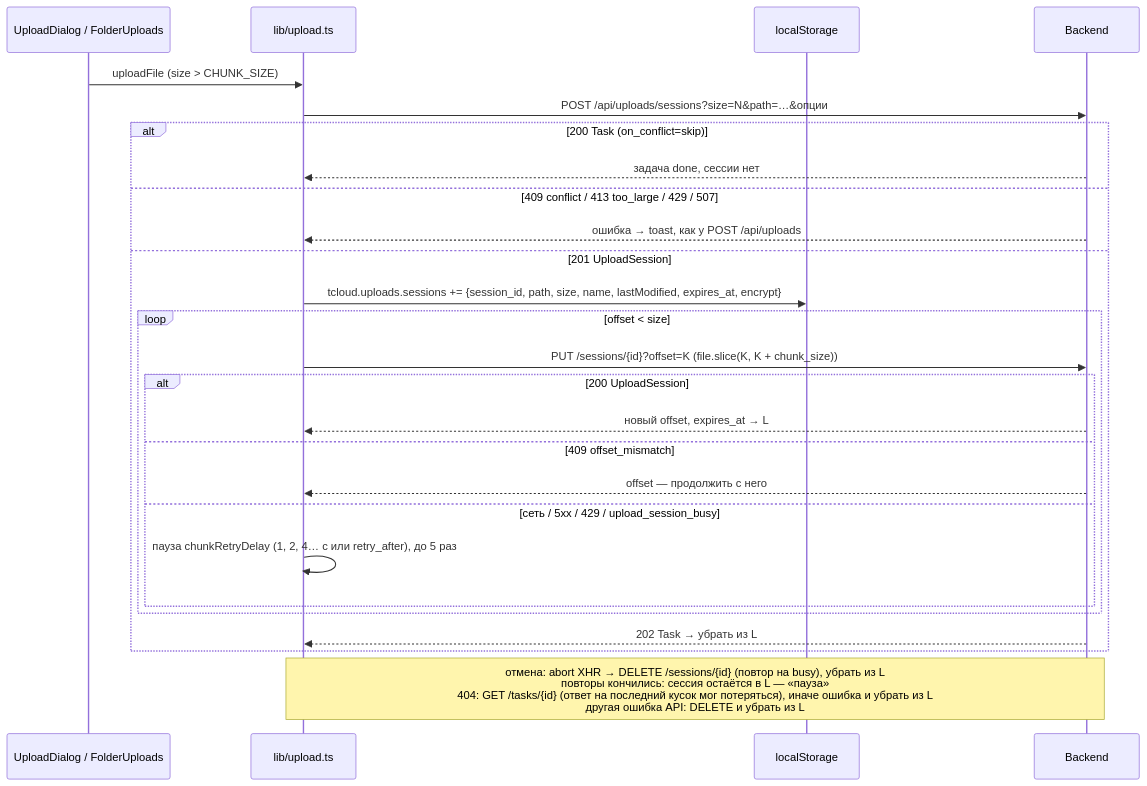
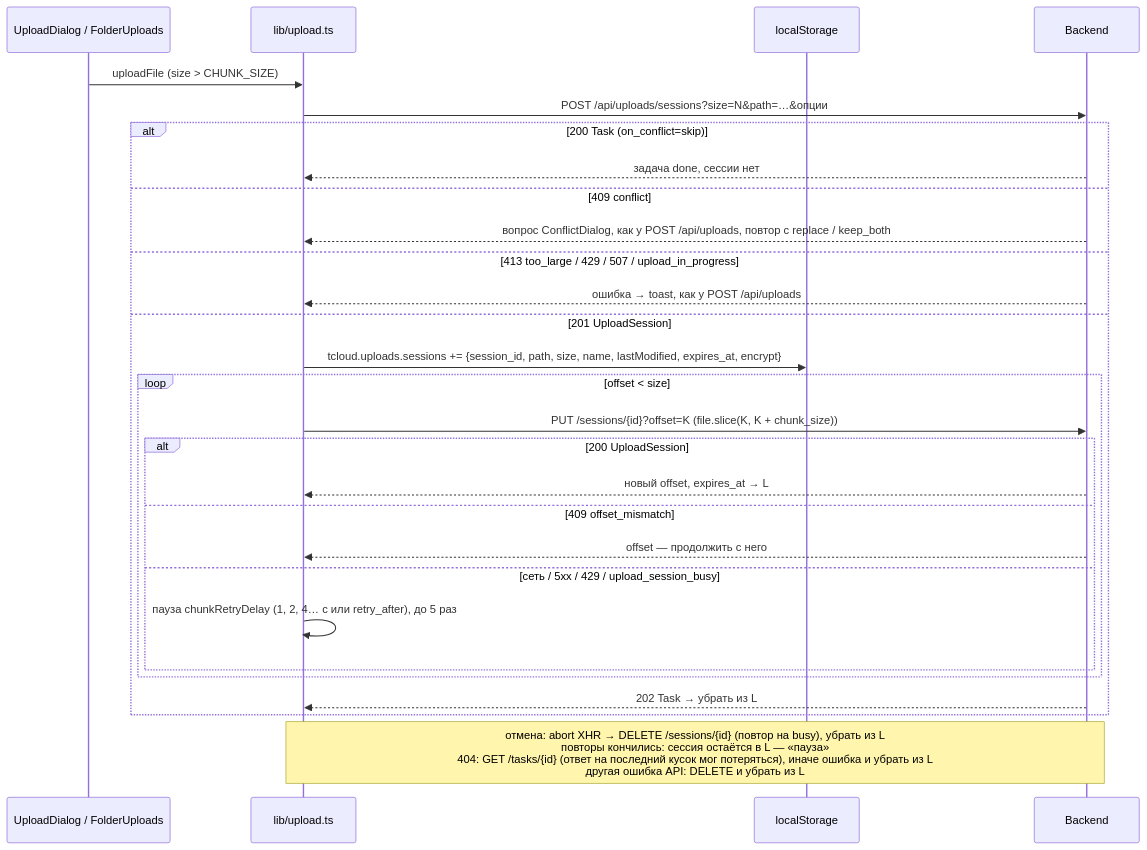
The third of 7 diagrams in docs/uploads-and-tasks.md (NikitkaZXC/tcloud-frontend), drawn with Mermaid before and after one commit. The commit also changed other lines of this file and 9 other files, not shown here.

Commit message:
feat: file exists dialog on 409 conflict with replace, keep both, cancel and apply to all

````diff
--- a/docs/uploads-and-tasks.md
+++ b/docs/uploads-and-tasks.md
@@ -95,28 +113,30 @@
 ```mermaid
 sequenceDiagram
     participant D as UploadDialog / FolderUploads
     participant U as lib/upload.ts
     participant L as localStorage
     participant B as Backend
     D->>U: uploadFile (size > CHUNK_SIZE)
     U->>B: POST /api/uploads/sessions?size=N&path=…&опции
     alt 200 Task (on_conflict=skip)
         B-->>U: задача done, сессии нет
-    else 409 conflict / 413 too_large / 429 / 507
+    else 409 conflict
+        B-->>U: вопрос ConflictDialog, как у POST /api/uploads, повтор с replace / keep_both
+    else 413 too_large / 429 / 507 / upload_in_progress
         B-->>U: ошибка → toast, как у POST /api/uploads
     else 201 UploadSession
         U->>L: tcloud.uploads.sessions += {session_id, path, size, name, lastModified, expires_at, encrypt}
         loop offset < size
             U->>B: PUT /sessions/{id}?offset=K (file.slice(K, K + chunk_size))
             alt 200 UploadSession
                 B-->>U: новый offset, expires_at → L
             else 409 offset_mismatch
                 B-->>U: offset — продолжить с него
             else сеть / 5xx / 429 / upload_session_busy
                 U->>U: пауза chunkRetryDelay (1, 2, 4… с или retry_after), до 5 раз
             end
         end
         B-->>U: 202 Task → убрать из L
     end
     Note over U,B: отмена: abort XHR → DELETE /sessions/{id} (повтор на busy), убрать из L<br/>повторы кончились: сессия остаётся в L — «пауза»<br/>404: GET /tasks/{id} (ответ на последний кусок мог потеряться), иначе ошибка и убрать из L<br/>другая ошибка API: DELETE и убрать из L
 ```
````
